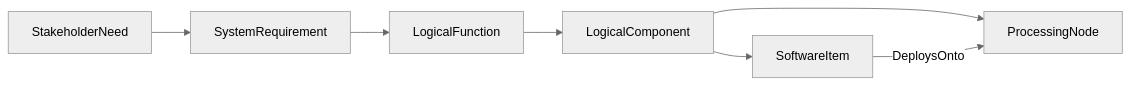
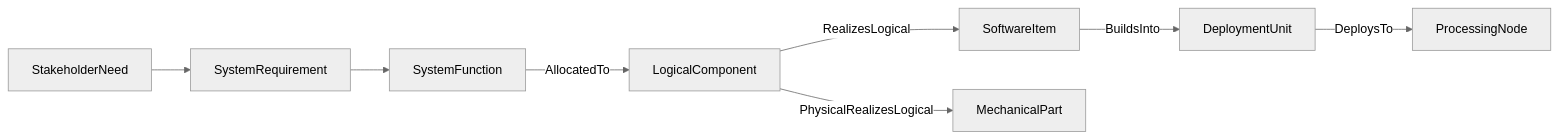
One commit to memoarchitect/memo changed the diagram in docs/layers/requirements-architecture.md. Above: the diagram before and after it, drawn with Mermaid (neutral theme). The commit also changed other lines of this file and 177 other files, not shown here.

````diff
--- a/docs/layers/requirements-architecture.md
+++ b/docs/layers/requirements-architecture.md
@@ -42,9 +63,10 @@
 ```mermaid
 flowchart LR
     Need[StakeholderNeed] --> Req[SystemRequirement]
-    Req --> Function[LogicalFunction]
-    Function --> Logical[LogicalComponent]
-    Logical --> Software[SoftwareItem]
-    Logical --> Hardware[ProcessingNode]
-    Software -->|DeploysOnto| Hardware
+    Req --> Function[SystemFunction]
+    Function -->|AllocatedTo| Logical[LogicalComponent]
+    Logical -->|RealizesLogical| Module[SoftwareItem]
+    Module -->|BuildsInto| Unit[DeploymentUnit]
+    Unit -->|DeploysTo| Node[ProcessingNode]
+    Logical -->|PhysicalRealizesLogical| Mech[MechanicalPart]
 ```
````
